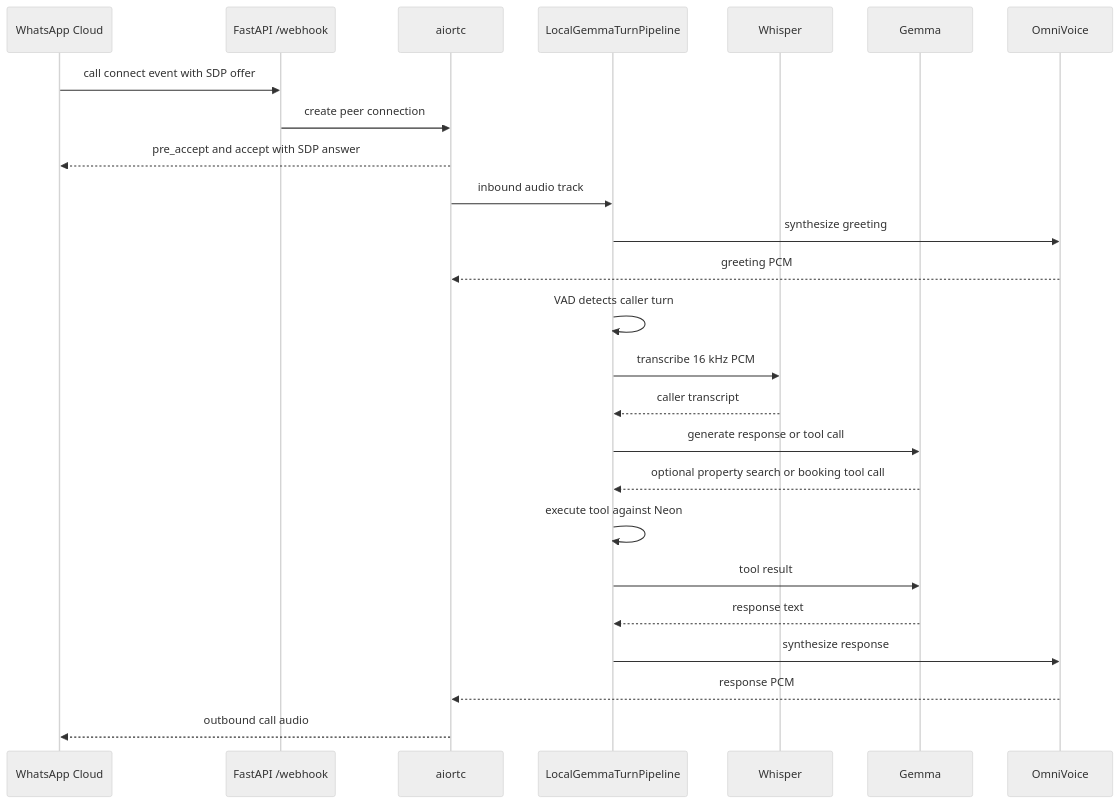
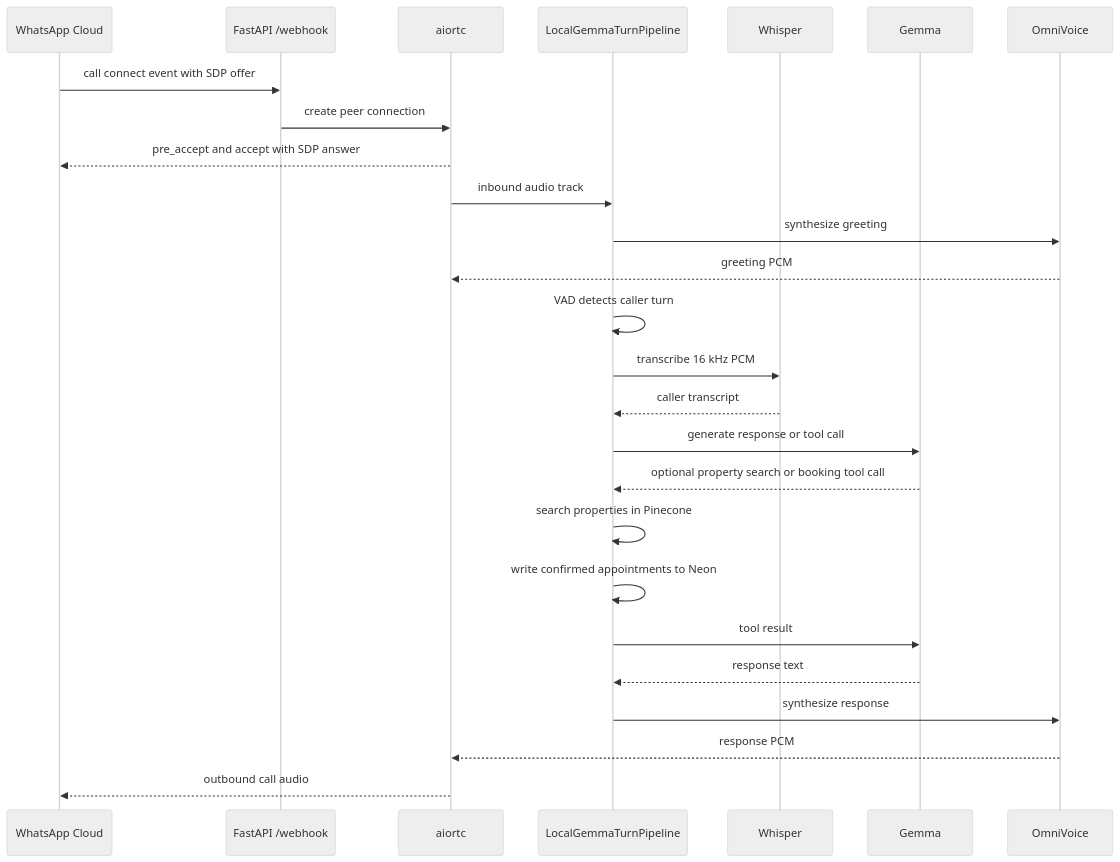
Before and after one commit to nizarhaider/sl-chatbot: the second of 2 diagrams in README.md, drawn with Mermaid (neutral theme). The commit also changed other lines of this file and 6 other files, not shown here.

````diff
--- a/README.md
+++ b/README.md
@@ -21,28 +21,29 @@
 ```mermaid
 sequenceDiagram
     participant WA as WhatsApp Cloud
     participant Webhook as FastAPI /webhook
     participant RTC as aiortc
     participant Pipeline as LocalGemmaTurnPipeline
     participant ASR as Whisper
     participant LLM as Gemma
     participant TTS as OmniVoice
 
     WA->>Webhook: call connect event with SDP offer
     Webhook->>RTC: create peer connection
     RTC-->>WA: pre_accept and accept with SDP answer
     RTC->>Pipeline: inbound audio track
     Pipeline->>TTS: synthesize greeting
     TTS-->>RTC: greeting PCM
     Pipeline->>Pipeline: VAD detects caller turn
     Pipeline->>ASR: transcribe 16 kHz PCM
     ASR-->>Pipeline: caller transcript
     Pipeline->>LLM: generate response or tool call
     LLM-->>Pipeline: optional property search or booking tool call
-    Pipeline->>Pipeline: execute tool against Neon
+    Pipeline->>Pipeline: search properties in Pinecone
+    Pipeline->>Pipeline: write confirmed appointments to Neon
     Pipeline->>LLM: tool result
     LLM-->>Pipeline: response text
     Pipeline->>TTS: synthesize response
     TTS-->>RTC: response PCM
     RTC-->>WA: outbound call audio
 ```
````
